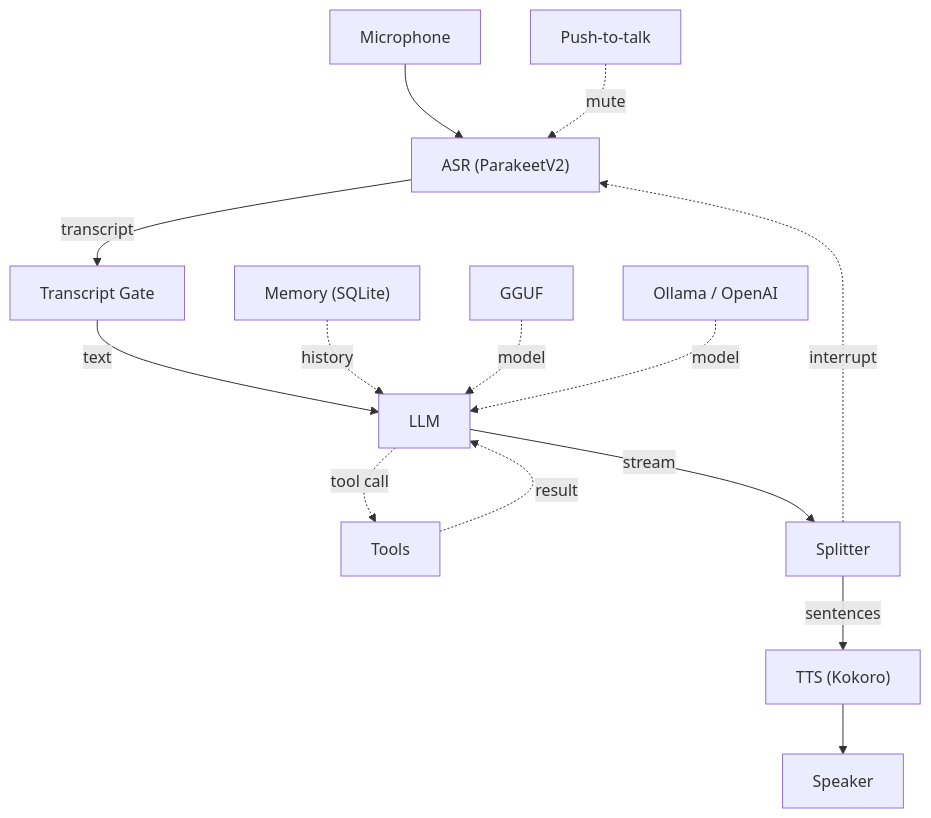
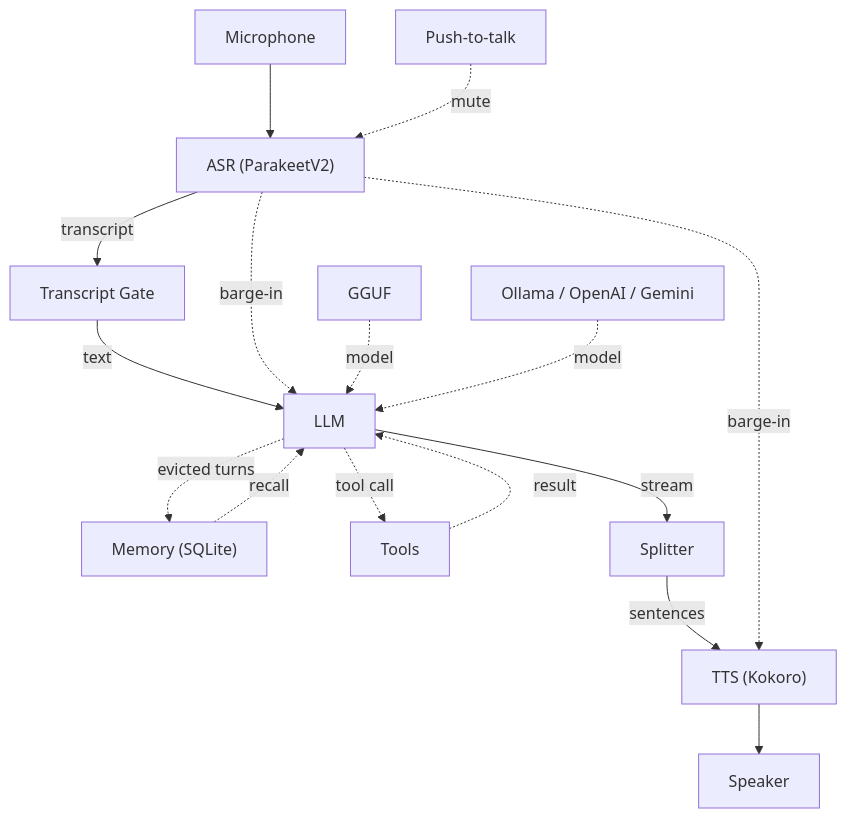
One commit to shervinemp/voxpipe changed the diagram in README.md. Above: the diagram before and after it, drawn with Mermaid. The commit also changed other lines of this file and 96 other files, not shown here.

````diff
--- a/README.md
+++ b/README.md
@@ -11,20 +11,22 @@
 ```mermaid
 flowchart TB
     Mic["Microphone"] --> ASR
     HK["Push-to-talk"] -.->|mute| ASR
 
     ASR["ASR (ParakeetV2)"] -->|transcript| Gate
     Gate["Transcript Gate"] -->|text| LLM["LLM"]
 
-    Memory["Memory (SQLite)"] -.->|history| LLM
+    Memory["Memory (SQLite)"] -.->|recall| LLM
+    LLM -.->|evicted turns| Memory
     LLM -.->|tool call| Tools["Tools"]
     Tools -.->|result| LLM
 
     LLM -->|stream| Split["Splitter"]
     Split -->|sentences| TTS["TTS (Kokoro)"]
-    Split -.->|interrupt| ASR
+    ASR -.->|barge-in| LLM
+    ASR -.->|barge-in| TTS
     TTS --> Speaker["Speaker"]
 
     Local["GGUF"] -.->|model| LLM
-    Remote["Ollama / OpenAI"] -.->|model| LLM
+    Remote["Ollama / OpenAI / Gemini"] -.->|model| LLM
 ```
````
